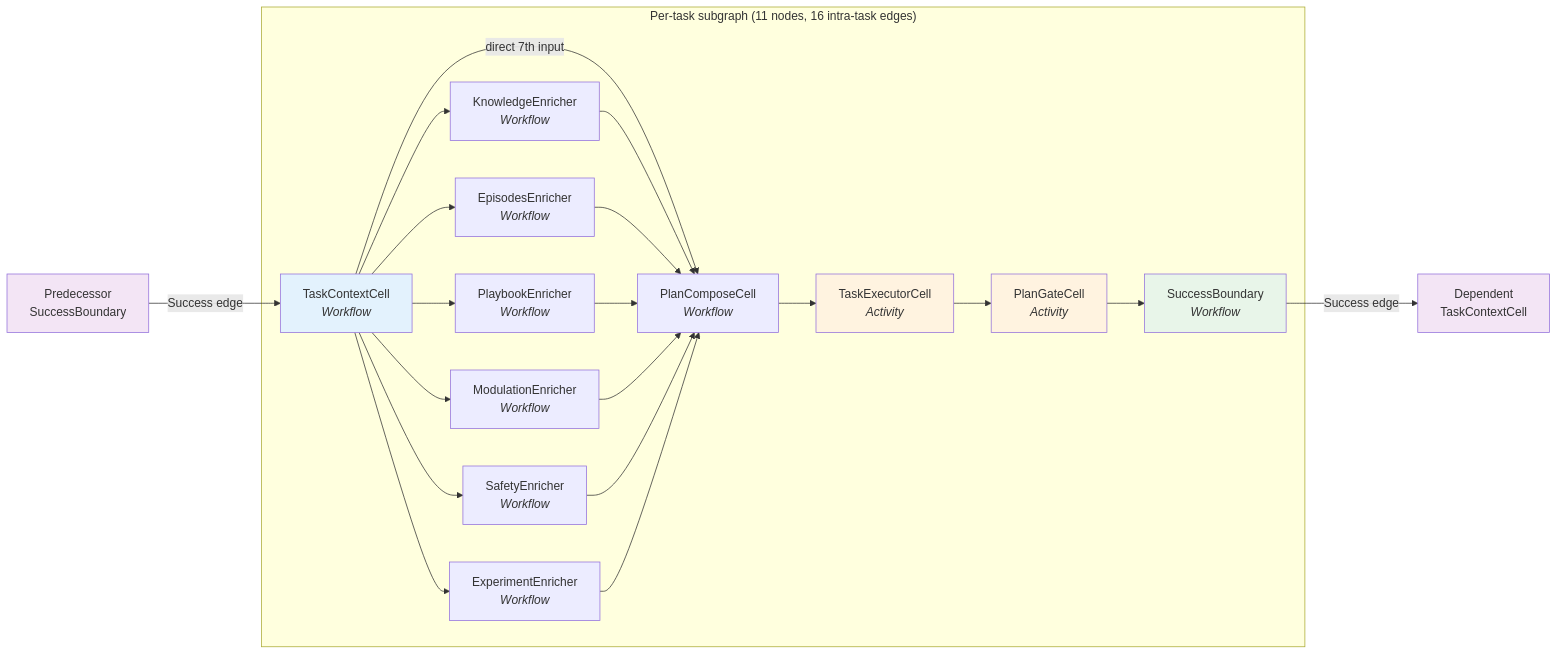
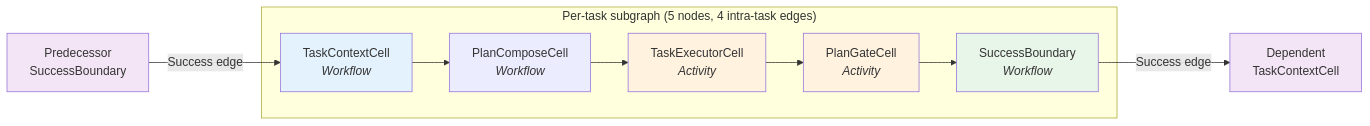
Before and after one commit to wpank/roko: the first of 6 diagrams in docs/v3/03-GRAPH.md, drawn with Mermaid. The commit also changed other lines of this file and 12 other files, not shown here.

First line of the commit message:
graph: drop the six passthrough enricher cells from --rich-topology

````diff
--- a/docs/v3/03-GRAPH.md
+++ b/docs/v3/03-GRAPH.md
@@ -266,33 +266,22 @@
 ```mermaid
 flowchart LR
-    subgraph "Per-task subgraph (11 nodes, 16 intra-task edges)"
+    subgraph "Per-task subgraph (5 nodes, 4 intra-task edges)"
         Context["TaskContextCell<br/><i>Workflow</i>"]
-
-        Knowledge["KnowledgeEnricher<br/><i>Workflow</i>"]
-        Episodes["EpisodesEnricher<br/><i>Workflow</i>"]
-        Playbook["PlaybookEnricher<br/><i>Workflow</i>"]
-        Modulation["ModulationEnricher<br/><i>Workflow</i>"]
-        Safety["SafetyEnricher<br/><i>Workflow</i>"]
-        Experiment["ExperimentEnricher<br/><i>Workflow</i>"]
-
         Compose["PlanComposeCell<br/><i>Workflow</i>"]
         Executor["TaskExecutorCell<br/><i>Activity</i>"]
         Gate["PlanGateCell<br/><i>Activity</i>"]
         Success["SuccessBoundary<br/><i>Workflow</i>"]
 
-        Context --> Knowledge & Episodes & Playbook & Modulation & Safety & Experiment
-        Context -->|"direct 7th input"| Compose
-        Knowledge & Episodes & Playbook & Modulation & Safety & Experiment --> Compose
-        Compose --> Executor --> Gate --> Success
+        Context --> Compose --> Executor --> Gate --> Success
     end
 
     Predecessor["Predecessor<br/>SuccessBoundary"] -->|"Success edge"| Context
     Success -->|"Success edge"| Dependent["Dependent<br/>TaskContextCell"]
 
     style Context fill:#e3f2fd
     style Executor fill:#fff3e0
     style Gate fill:#fff3e0
     style Success fill:#e8f5e9
     style Predecessor fill:#f3e5f5
     style Dependent fill:#f3e5f5
 ```
````
